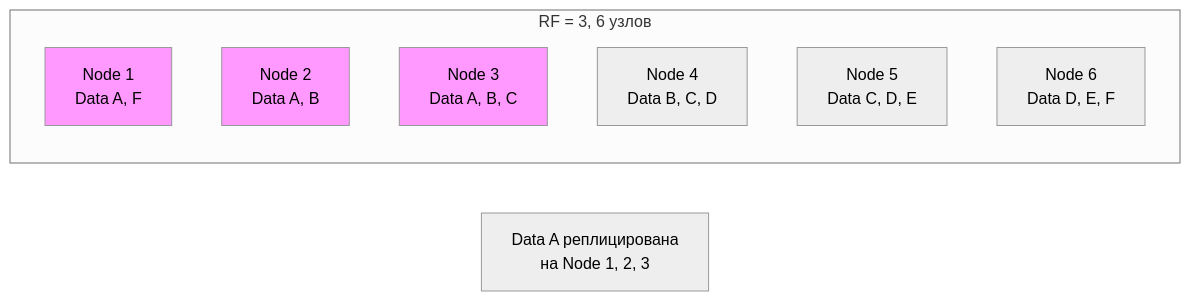
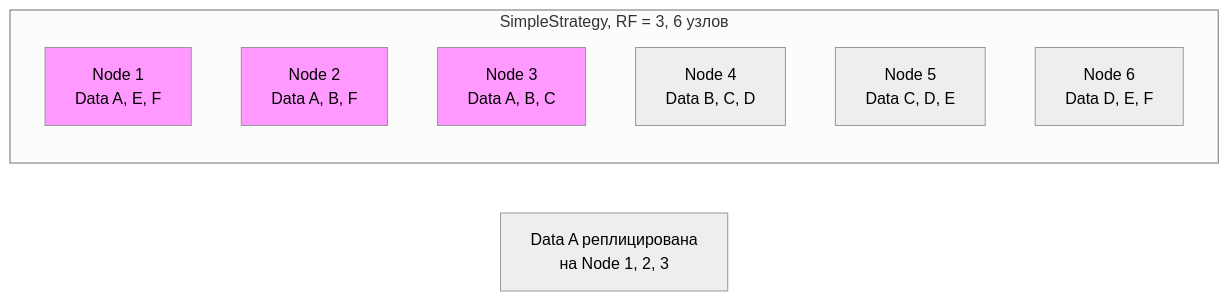
The seventh of 11 diagrams in cheatsheets/interview/databases/cassandra-interview.md (akeverus/cheat-sheet), drawn with Mermaid (neutral theme) before and after one commit. The commit also changed other lines of this file, not shown here.

````diff
--- a/cheatsheets/interview/databases/cassandra-interview.md
+++ b/cheatsheets/interview/databases/cassandra-interview.md
@@ -656,17 +650,17 @@
 ```mermaid
 graph LR
-    subgraph "RF = 3, 6 узлов"
-        N1["Node 1<br/>Data A, F"] 
-        N2["Node 2<br/>Data A, B"]
+    subgraph "SimpleStrategy, RF = 3, 6 узлов"
+        N1["Node 1<br/>Data A, E, F"]
+        N2["Node 2<br/>Data A, B, F"]
         N3["Node 3<br/>Data A, B, C"]
         N4["Node 4<br/>Data B, C, D"]
         N5["Node 5<br/>Data C, D, E"]
         N6["Node 6<br/>Data D, E, F"]
     end
 
     style N1 fill:#f9f
     style N2 fill:#f9f
     style N3 fill:#f9f
     
     Note["Data A реплицирована<br/>на Node 1, 2, 3"]
 ```
````
